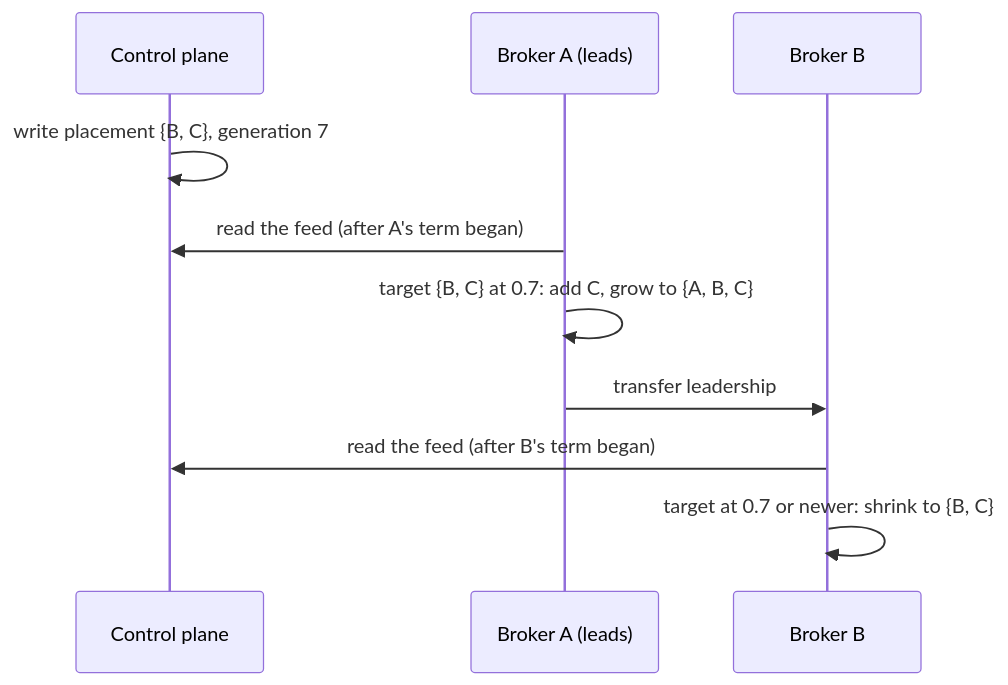
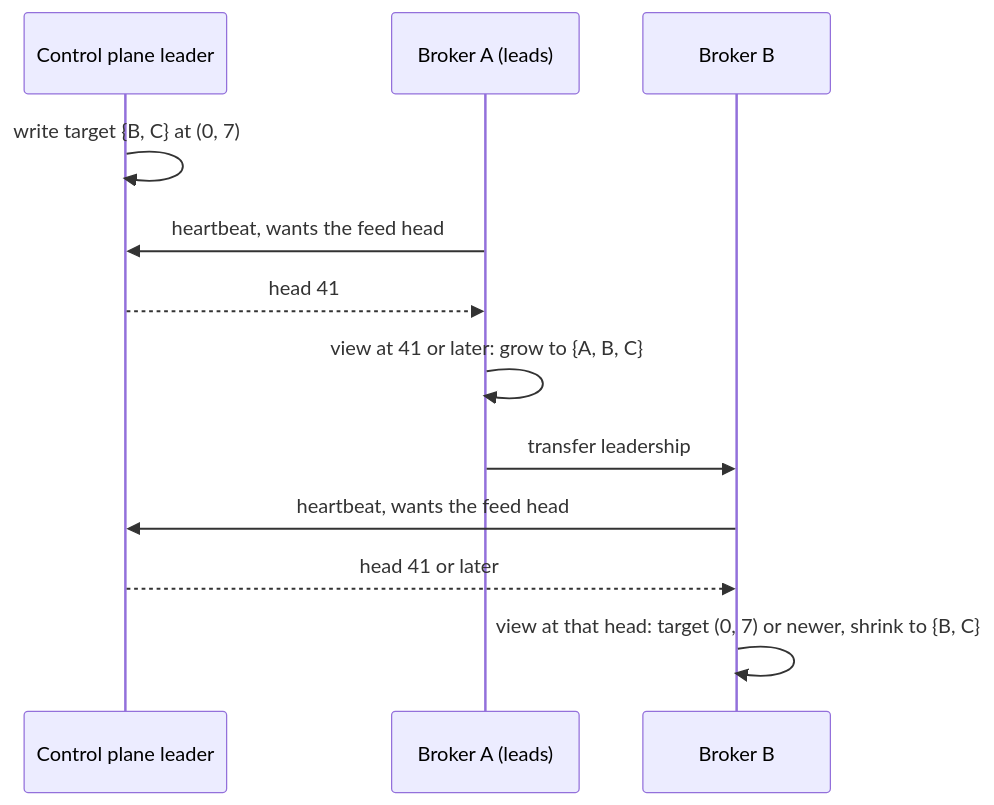
The tenth of 13 diagrams in docs/per-shard-raft.md (GetFelix/felix), drawn with Mermaid before and after one commit. The commit also changed other lines of this file, not shown here.

First line of the commit message:
docs(raft): target counter on the shard record and checkpointed target delivery (#2235, #2591)

````diff
--- a/docs/per-shard-raft.md
+++ b/docs/per-shard-raft.md
@@ -3252,12 +3302,14 @@
 ```mermaid
 sequenceDiagram
-    participant CP as Control plane
+    participant CP as Control plane leader
     participant A as Broker A (leads)
     participant B as Broker B
-    CP->>CP: write placement {B, C}, generation 7
-    A->>CP: read the feed (after A's term began)
-    A->>A: target {B, C} at 0.7: add C, grow to {A, B, C}
+    CP->>CP: write target {B, C} at (0, 7)
+    A->>CP: heartbeat, wants the feed head
+    CP-->>A: head 41
+    A->>A: view at 41 or later: grow to {A, B, C}
     A->>B: transfer leadership
-    B->>CP: read the feed (after B's term began)
-    B->>B: target at 0.7 or newer: shrink to {B, C}
+    B->>CP: heartbeat, wants the feed head
+    CP-->>B: head 41 or later
+    B->>B: view at that head: target (0, 7) or newer, shrink to {B, C}
 ```
````
